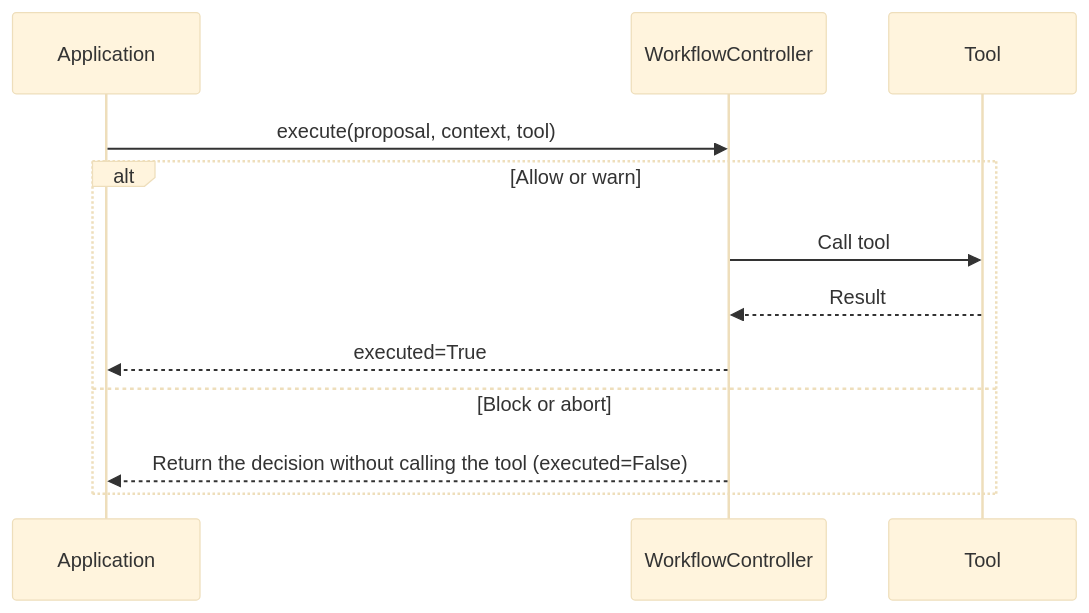
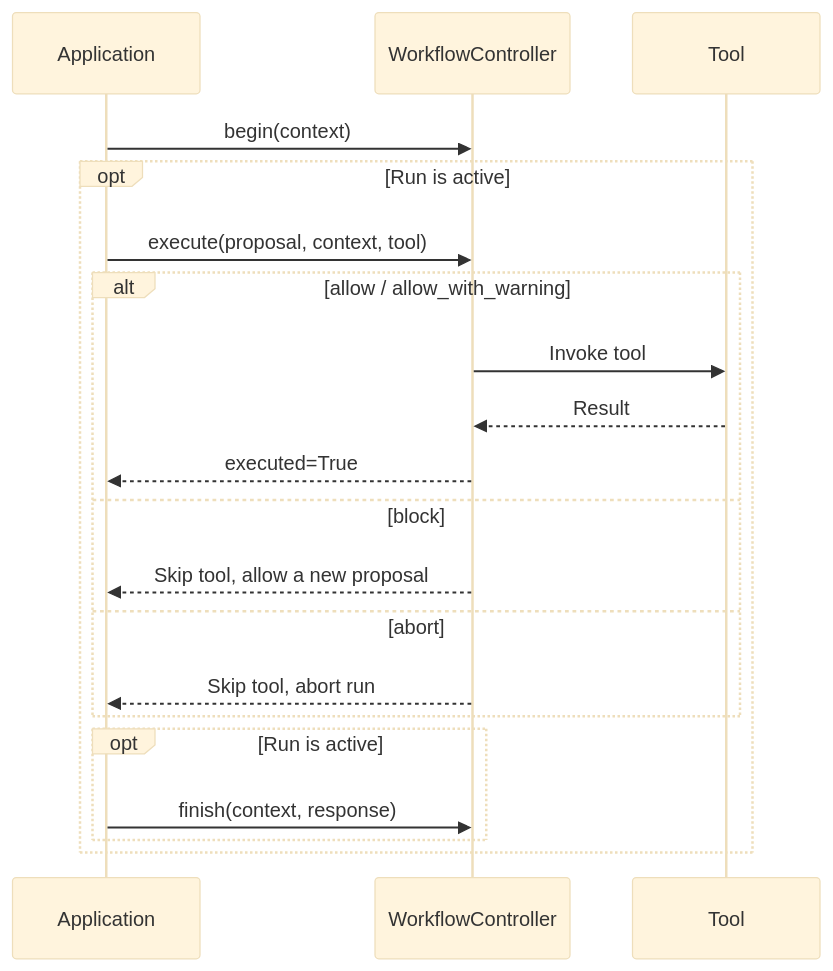
The diagram in README.md (CarlosUrteaga/vogtcon), drawn with Mermaid (base theme) before and after one commit. The commit also changed other lines of this file and 1 other file, not shown here.

Commit message:
docs: show the full lifecycle with Mermaid-compatible labels

````diff
--- a/README.md
+++ b/README.md
@@ -73,14 +75,22 @@
 ```mermaid
 sequenceDiagram
     participant A as Application
     participant C as WorkflowController
     participant T as Tool
-    A->>C: execute(proposal, context, tool)
-    alt Allow or warn
-        C->>T: Call tool
-        T-->>C: Result
-        C-->>A: executed=True
-    else Block or abort
-        C-->>A: Return the decision without calling the tool (executed=False)
+    A->>C: begin(context)
+    opt Run is active
+        A->>C: execute(proposal, context, tool)
+        alt allow / allow_with_warning
+            C->>T: Invoke tool
+            T-->>C: Result
+            C-->>A: executed=True
+        else block
+            C-->>A: Skip tool, allow a new proposal
+        else abort
+            C-->>A: Skip tool, abort run
+        end
+        opt Run is active
+            A->>C: finish(context, response)
+        end
     end
 ```
````
